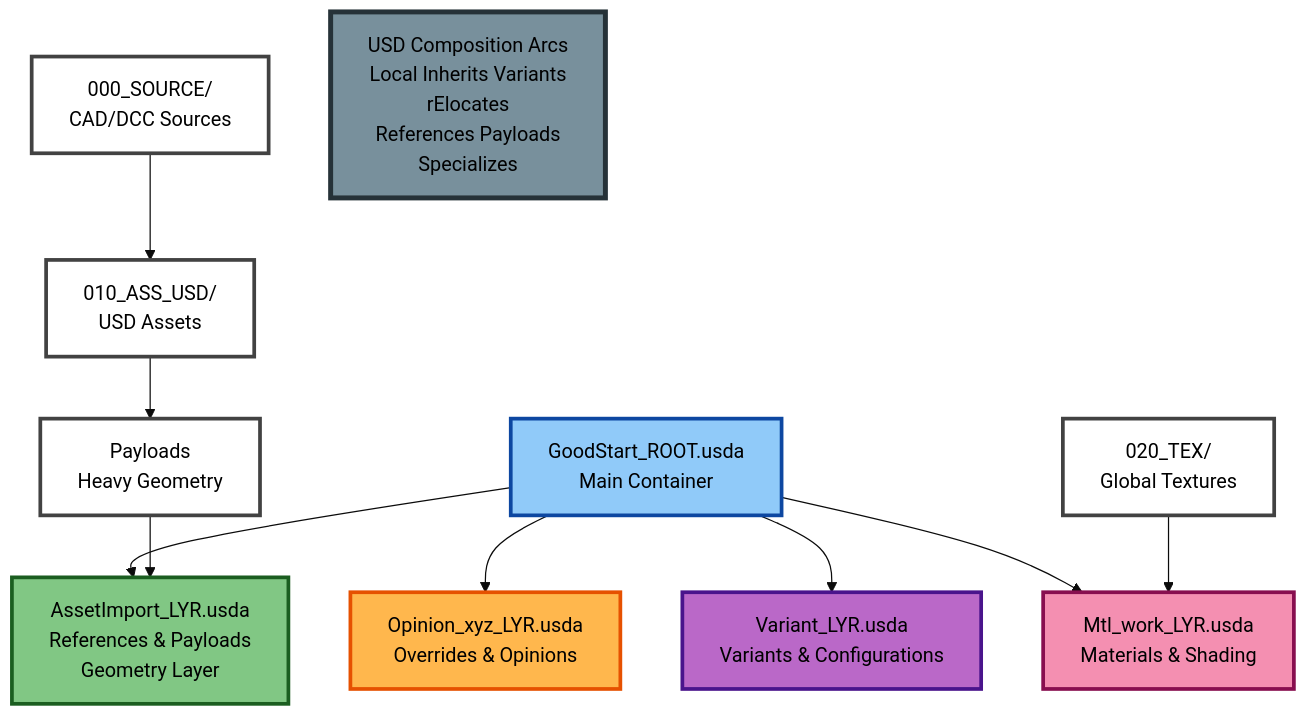
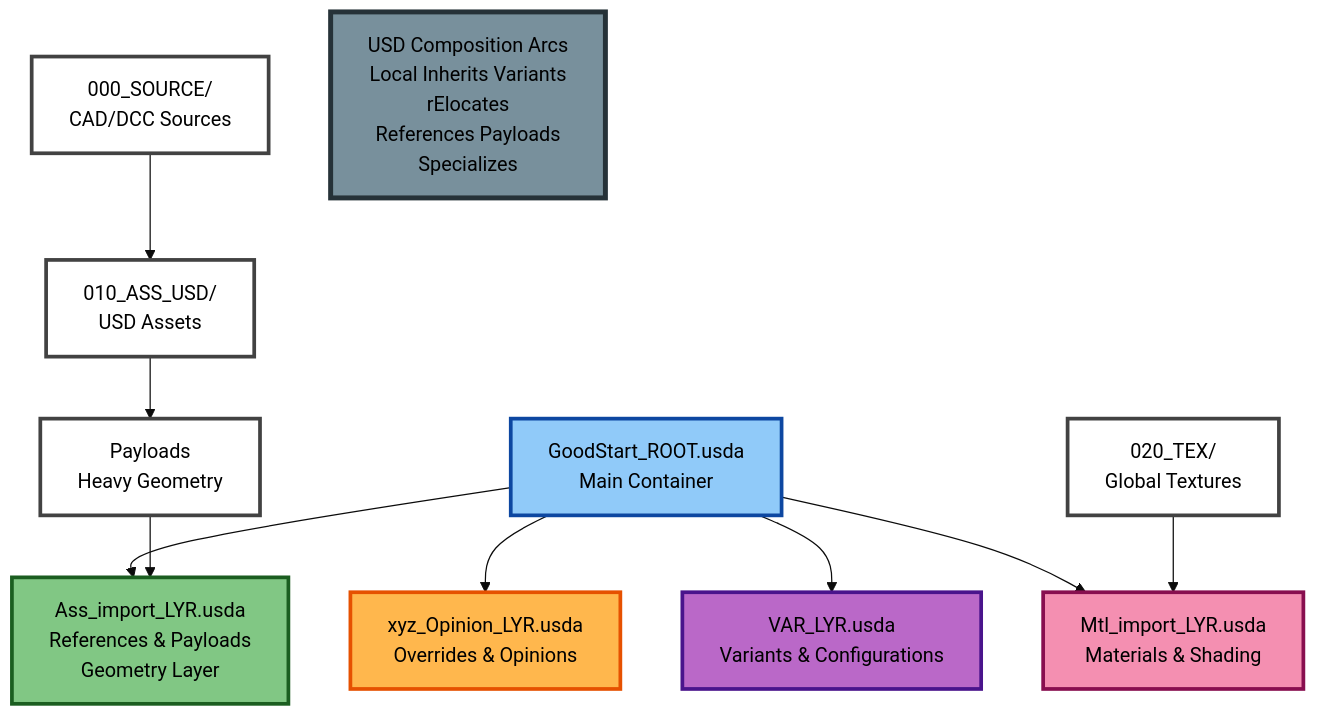
One commit to jph2/USD_GoodStart changed the diagram in README.md. Above: the diagram before and after it, drawn with Mermaid (base theme). The commit also changed other lines of this file and 1 other file, not shown here.

````diff
--- a/README.md
+++ b/README.md
@@ -35,26 +35,26 @@
 ```mermaid
 graph TD
-    Root[GoodStart_ROOT.usda<br/>Main Container] --> Opinion[Opinion_xyz_LYR.usda<br/>Overrides & Opinions]
-    Root --> Variant[Variant_LYR.usda<br/>Variants & Configurations]
-    Root --> Material[Mtl_work_LYR.usda<br/>Materials & Shading]
-    Root --> Asset[AssetImport_LYR.usda<br/>References & Payloads<br/>Geometry Layer]
+    Root[GoodStart_ROOT.usda<br/>Main Container] --> Opinion[xyz_Opinion_LYR.usda<br/>Overrides & Opinions]
+    Root --> Variant[VAR_LYR.usda<br/>Variants & Configurations]
+    Root --> Material[Mtl_import_LYR.usda<br/>Materials & Shading]
+    Root --> Asset[Ass_import_LYR.usda<br/>References & Payloads<br/>Geometry Layer]
     
     Source[000_SOURCE/<br/>CAD/DCC Sources] --> Assets[010_ASS_USD/<br/>USD Assets]
     Assets --> Payloads[Payloads<br/>Heavy Geometry]
     Payloads --> Asset
     
     Textures[020_TEX/<br/>Global Textures] --> Material
     
     Composition[USD Composition Arcs<br/>Local Inherits Variants<br/>rElocates<br/>References Payloads<br/>Specializes]
     
     style Root fill:#90caf9,stroke:#0d47a1,stroke-width:3px,color:#000
     style Asset fill:#81c784,stroke:#1b5e20,stroke-width:3px,color:#000
     style Opinion fill:#ffb74d,stroke:#e65100,stroke-width:3px,color:#000
     style Variant fill:#ba68c8,stroke:#4a148c,stroke-width:3px,color:#000
     style Material fill:#f48fb1,stroke:#880e4f,stroke-width:3px,color:#000
     style Composition fill:#78909c,stroke:#263238,stroke-width:4px,color:#000
     style Source fill:#ffffff,stroke:#424242,stroke-width:3px,color:#000
     style Textures fill:#ffffff,stroke:#424242,stroke-width:3px,color:#000
     style Assets fill:#ffffff,stroke:#424242,stroke-width:3px,color:#000
     style Payloads fill:#ffffff,stroke:#424242,stroke-width:3px,color:#000
 ```
````
